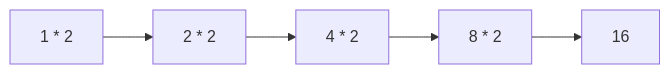
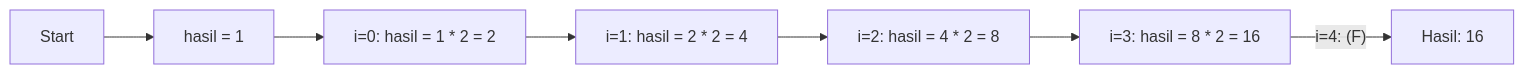
Before and after one commit to amnahwaida/OSNK_INF_PREP: the fifth of 9 diagrams in part-c-pemahaman-cpp/03-perulangan/latihan/set-01.md, drawn with Mermaid. The commit also changed other lines of this file and 30 other files, not shown here.

Commit message:
✨ Premium Overhaul: Modul 05 (Rekursi) & 06 (Bitwise) - 100 soal baru dengan Mermaid Call Stack & Bit-Grid diagrams

````diff
--- a/part-c-pemahaman-cpp/03-perulangan/latihan/set-01.md
+++ b/part-c-pemahaman-cpp/03-perulangan/latihan/set-01.md
@@ -165,5 +185,9 @@
 ```mermaid
 graph LR
-A["1 * 2"] --> B["2 * 2"] --> C["4 * 2"] --> D["8 * 2"]
-D --> E["16"]
+Start --> I0["hasil = 1"]
+I0 --> I1["i=0: hasil = 1 * 2 = 2"]
+I1 --> I2["i=1: hasil = 2 * 2 = 4"]
+I2 --> I3["i=2: hasil = 4 * 2 = 8"]
+I3 --> I4["i=3: hasil = 8 * 2 = 16"]
+I4 -- "i=4: (F)" --> End["Hasil: 16"]
 ```
````
